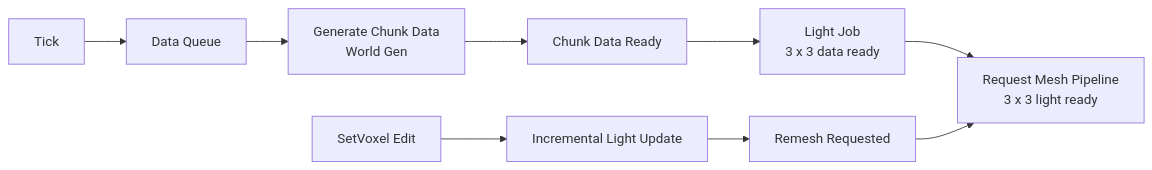
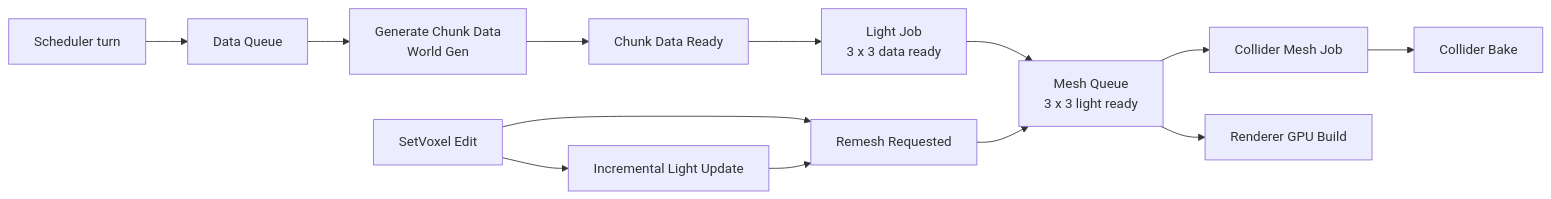
One commit to anilas5235/Infinitile changed the diagram in Assets/Engine/Docs/ChunkPipeline.md. Above: the diagram before and after it, drawn with Mermaid. The commit also changed other lines of this file and 5 other files, not shown here.

````diff
--- a/Assets/Engine/Docs/ChunkPipeline.md
+++ b/Assets/Engine/Docs/ChunkPipeline.md
@@ -3,15 +3,19 @@
 ```mermaid
 flowchart LR
-    A[Tick] --> B[Data Queue]
+    A[Scheduler turn] --> B[Data Queue]
     B --> C[Generate Chunk Data
     World Gen]
     C --> D[Chunk Data Ready]
     D --> L[Light Job
     3 x 3 data ready]
-    L --> E[Request Mesh Pipeline
+    L --> E[Mesh Queue
     3 x 3 light ready]
+    E --> M[Collider Mesh Job]
+    E --> G[Renderer GPU Build]
+    M --> K[Collider Bake]
 
     X[SetVoxel Edit] --> Z[Incremental Light Update]
-    Z --> Y[Remesh Requested]
+    X --> Y[Remesh Requested]
+    Z --> Y
     Y --> E
 ```
````
